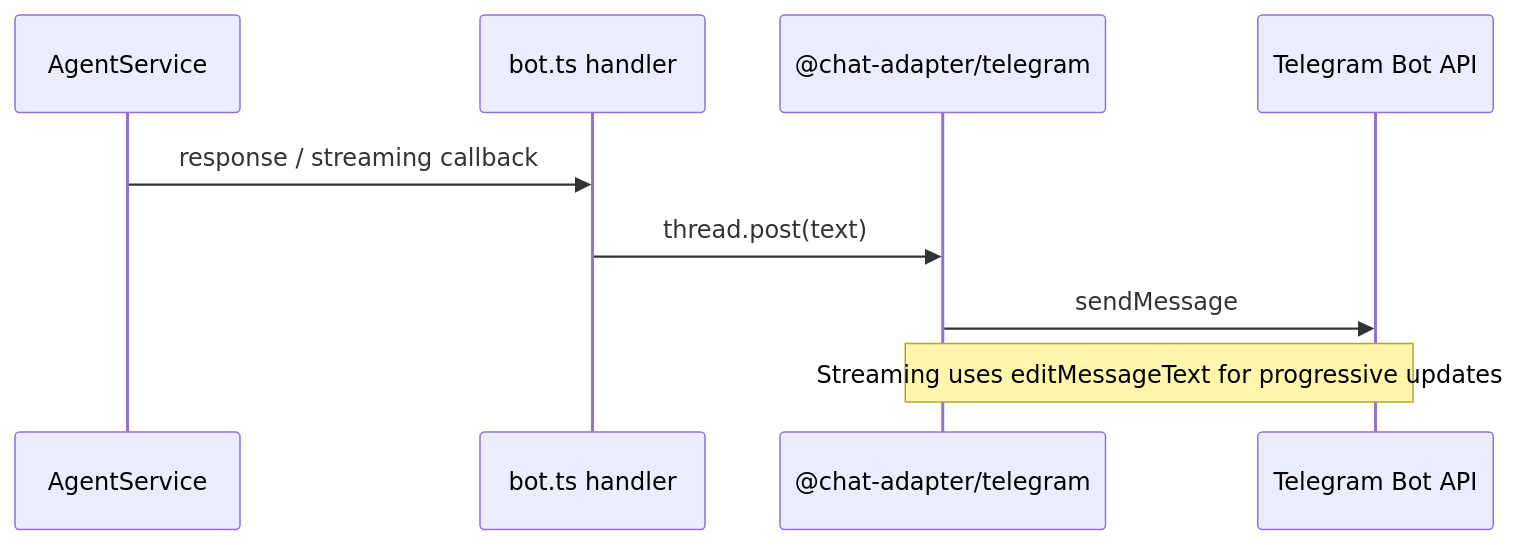
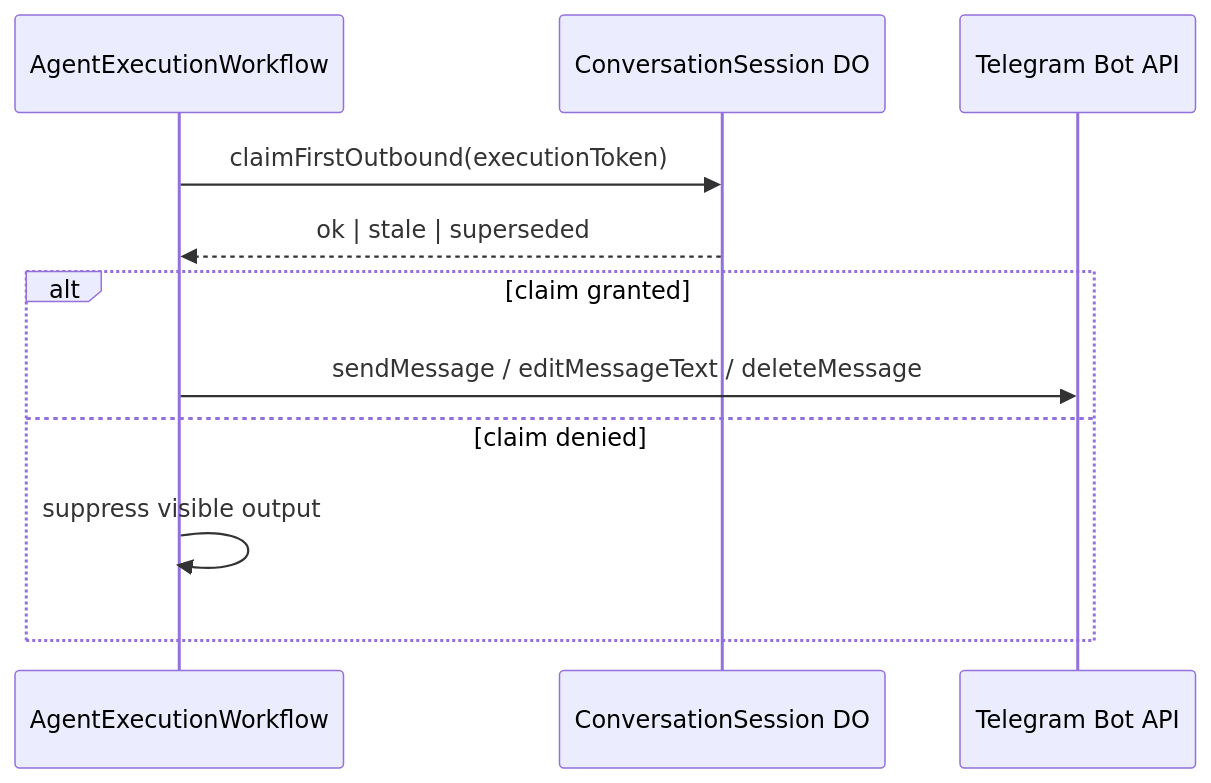
The second of 2 diagrams in docs/CHANNELS.md (punitarani/amby), drawn with Mermaid before and after one commit. The commit also changed other lines of this file and 23 other files, not shown here.

````diff
--- a/docs/CHANNELS.md
+++ b/docs/CHANNELS.md
@@ -45,12 +55,14 @@
 ```mermaid
 sequenceDiagram
-    participant Agent as AgentService
-    participant Bot as bot.ts handler
-    participant CA as @chat-adapter/telegram
-    participant TG as Telegram Bot API
+    participant WF as AgentExecutionWorkflow
+    participant Sess as ConversationSession DO
+    participant API as Telegram Bot API
 
-    Agent->>Bot: response / streaming callback
-    Bot->>CA: thread.post(text)
-    CA->>TG: sendMessage
-    Note over CA,TG: Streaming uses editMessageText for progressive updates
+    WF->>Sess: claimFirstOutbound(executionToken)
+    Sess-->>WF: ok | stale | superseded
+    alt claim granted
+        WF->>API: sendMessage / editMessageText / deleteMessage
+    else claim denied
+        WF->>WF: suppress visible output
+    end
 ```
````
